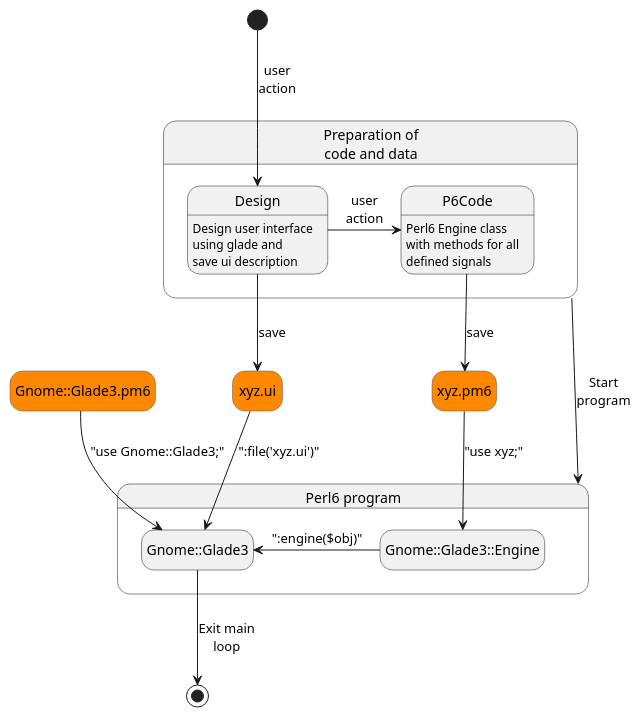
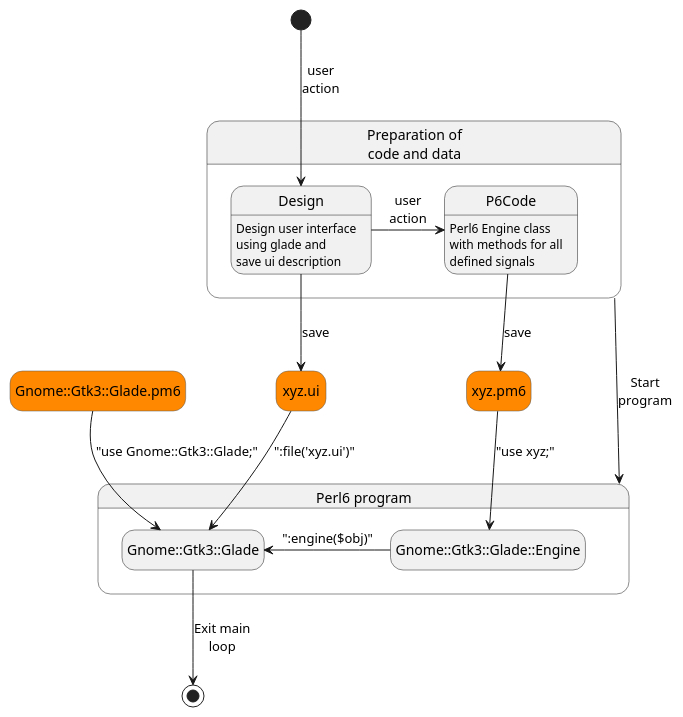
Before and after one commit to MARTIMM/gnome-glade3: the first of 2 diagrams in doc/design-docs/Design.md, drawn with PlantUML. The commit also changed 3 other files, not shown here.

````diff
--- a/doc/design-docs/Design.md
+++ b/doc/design-docs/Design.md
@@ -5,47 +5,47 @@
 ```plantuml
 'title Design and use of code
 hide empty description
 
 skinparam state {
   BackgroundColor<<file>> #ff8800
   BorderColor<<file>> #555555
 }
 
 
 state "xyz.ui" as gladeFile <<file>>
 state "xyz.pm6" as perlModule <<file>>
-state "Gnome::Glade3.pm6" as perlLibModule <<file>>
+state "Gnome::Gtk3::Glade.pm6" as perlLibModule <<file>>
 
 
 '[*] --> Prepare
 state "Preparation of\ncode and data" as Prepare {
 
   Design: Design user interface\nusing glade and\nsave ui description
   Design --> gladeFile: save
 
   Design -> P6Code: user\naction
   P6Code --> perlModule: save
   P6Code: Perl6 Engine class\nwith methods for all\ndefined signals
 
   'P6Code -> [*]
 }
 
 [*] --> Design: user\naction
 
 
 state "Perl6 program" as P6CodeFlow {
-  state "Gnome::Glade3" as GTKGlade
-  state "Gnome::Glade3::Engine" as Engine
+  state "Gnome::Gtk3::Glade" as GTKGlade
+  state "Gnome::Gtk3::Glade::Engine" as Engine
 
   '[*] -> Engine
-  perlLibModule --> GTKGlade: "use Gnome::Glade3;"
+  perlLibModule --> GTKGlade: "use Gnome::Gtk3::Glade;"
   gladeFile --> GTKGlade: ":file('xyz.ui')"
   perlModule --> Engine: "use xyz;"
   Engine -> GTKGlade: ":engine($obj)"
   'GTKGlade -> [*]: Exit main\nloop
 }
 
 Prepare --> P6CodeFlow: Start\nprogram
 'P6CodeFlow --> [*]
 GTKGlade --> [*]: Exit main\nloop
 ```
````
